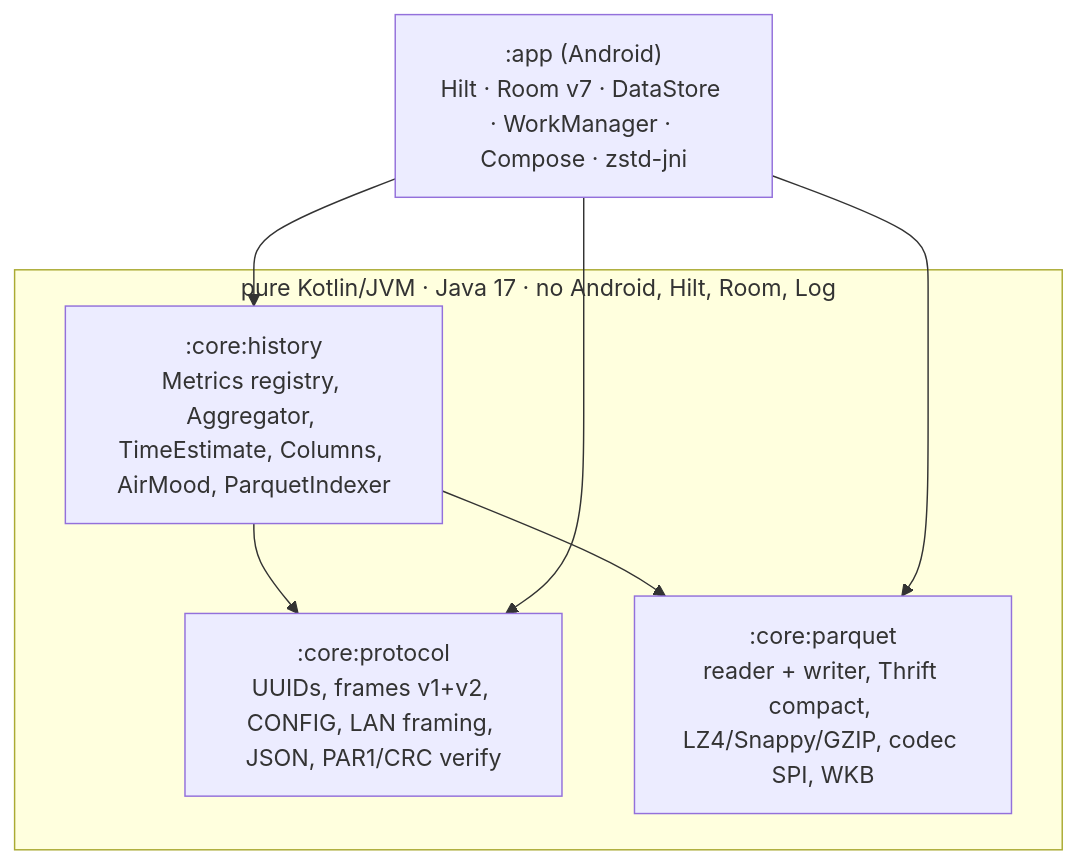
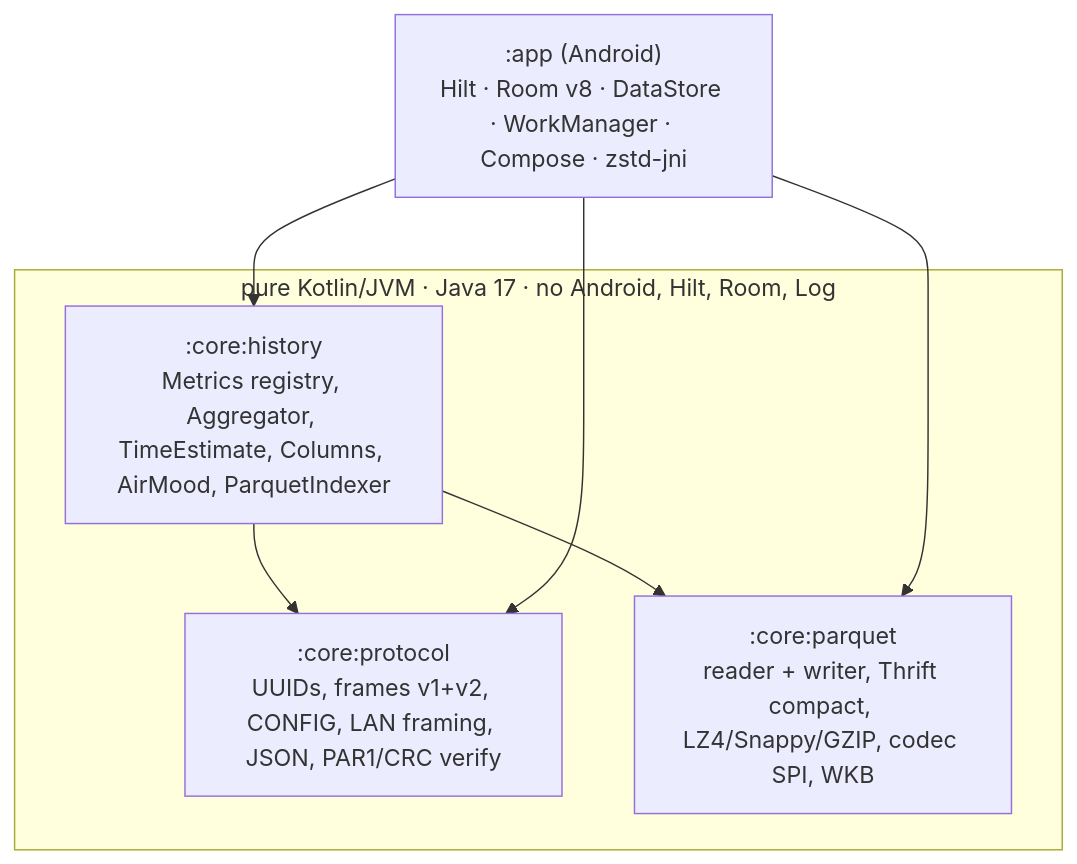
One commit to walkthru-earth/opensensor-space-mobile changed the first of 2 diagrams in docs/architecture.md. Above: the diagram before and after it, drawn with Mermaid. The commit also changed other lines of this file and 25 other files, not shown here.

````diff
--- a/docs/architecture.md
+++ b/docs/architecture.md
@@ -9,14 +9,14 @@
 ```mermaid
 flowchart TB
   subgraph pure["pure Kotlin/JVM · Java 17 · no Android, Hilt, Room, Log"]
     PR[":core:protocol<br/>UUIDs, frames v1+v2, CONFIG, LAN framing, JSON, PAR1/CRC verify"]
     PQ[":core:parquet<br/>reader + writer, Thrift compact, LZ4/Snappy/GZIP, codec SPI, WKB"]
     HI[":core:history<br/>Metrics registry, Aggregator, TimeEstimate, Columns, AirMood, ParquetIndexer"]
   end
-  APP[":app (Android)<br/>Hilt · Room v7 · DataStore · WorkManager · Compose · zstd-jni"]
+  APP[":app (Android)<br/>Hilt · Room v8 · DataStore · WorkManager · Compose · zstd-jni"]
   HI --> PQ
   HI --> PR
   APP --> HI
   APP --> PQ
   APP --> PR
 ```
````
